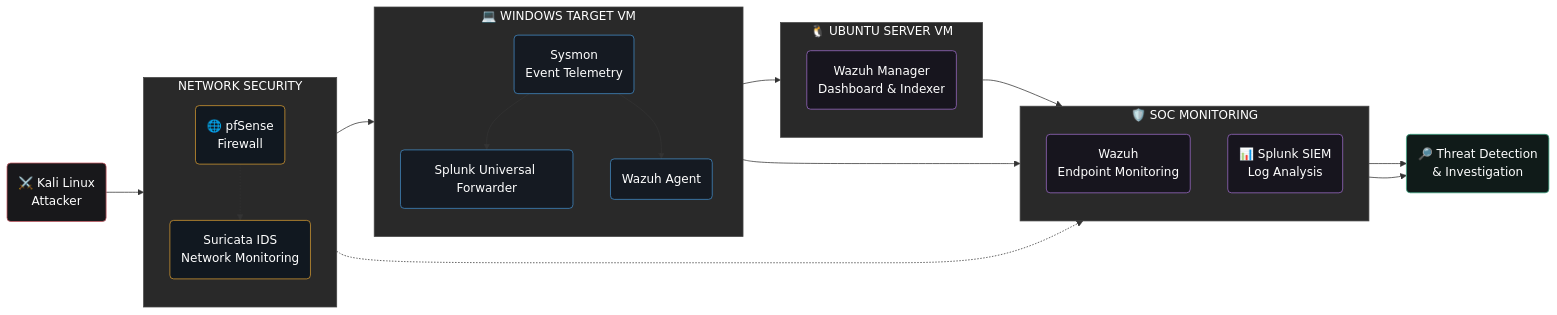
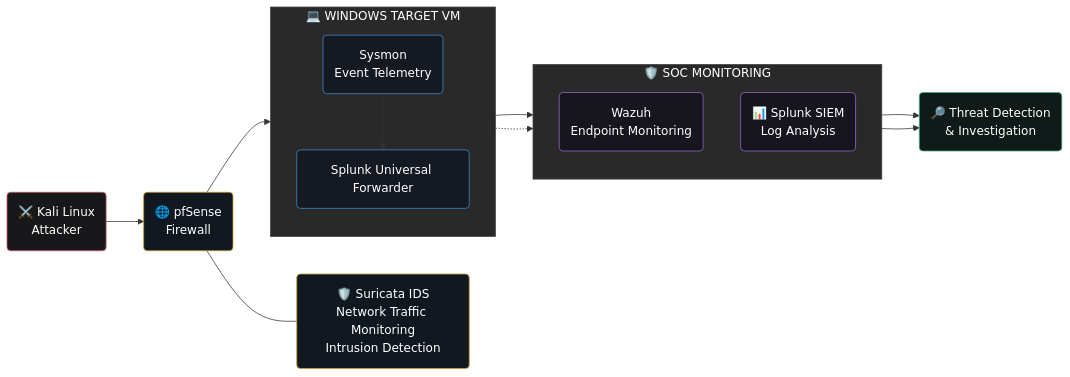
The diagram in README.md (KAKishore/KAKishore), drawn with Mermaid before and after one commit.

Commit message:
Refine SOC lab architecture diagram

````diff
--- a/README.md
+++ b/README.md
@@ -132,61 +133,44 @@
 ```mermaid
 flowchart LR
     K("⚔️ Kali Linux<br/>Attacker")
     P("🌐 pfSense<br/>Firewall")
-    N("Suricata IDS<br/>Network Monitoring")
-
-    subgraph NET["NETWORK SECURITY"]
-        direction TB
-        P
-        N
-    end
+    N("🛡️ Suricata IDS<br/>Network Traffic Monitoring<br/>Intrusion Detection")
 
     subgraph WIN["💻 WINDOWS TARGET VM"]
         direction TB
         S("Sysmon<br/>Event Telemetry")
         U("Splunk Universal Forwarder")
-        WA("Wazuh Agent")
         S --> U
-        S --> WA
-    end
-
-    subgraph UB["🐧 UBUNTU SERVER VM"]
-        direction TB
-        WM("Wazuh Manager<br/>Dashboard & Indexer")
     end
 
     subgraph SOC["🛡️ SOC MONITORING"]
         direction TB
         Z("Wazuh<br/>Endpoint Monitoring")
         SI("📊 Splunk SIEM<br/>Log Analysis")
     end
 
     I("🔎 Threat Detection<br/>& Investigation")
 
     K --> P
     P --> S
-    P -.-> N
-    N -.-> Z
+    P --- N
     U --> SI
-    WA --> WM
-    WM --> Z
+    S -.-> Z
     SI --> I
     Z --> I
 
     classDef attacker fill:#18181B,stroke:#C65B65,color:#FFFFFF,stroke-width:1px
     classDef firewall fill:#111820,stroke:#D59A32,color:#FFFFFF,stroke-width:1px
     classDef endpoint fill:#151A22,stroke:#438BC6,color:#FFFFFF,stroke-width:1px
     classDef monitoring fill:#17151E,stroke:#9B6BC7,color:#FFFFFF,stroke-width:1px
     classDef investigation fill:#101B19,stroke:#3CA783,color:#FFFFFF,stroke-width:1px
 
     class K attacker
     class P,N firewall
-    class S,U,WA endpoint
-    class WM,Z,SI monitoring
+    class S,U endpoint
+    class SI,Z monitoring
     class I investigation
 
-    style NET fill:#292929,stroke:#444444,color:#FFFFFF
     style WIN fill:#292929,stroke:#444444,color:#FFFFFF
-    style UB fill:#292929,stroke:#444444,color:#FFFFFF
     style SOC fill:#292929,stroke:#444444,color:#FFFFFF
 ```
````
